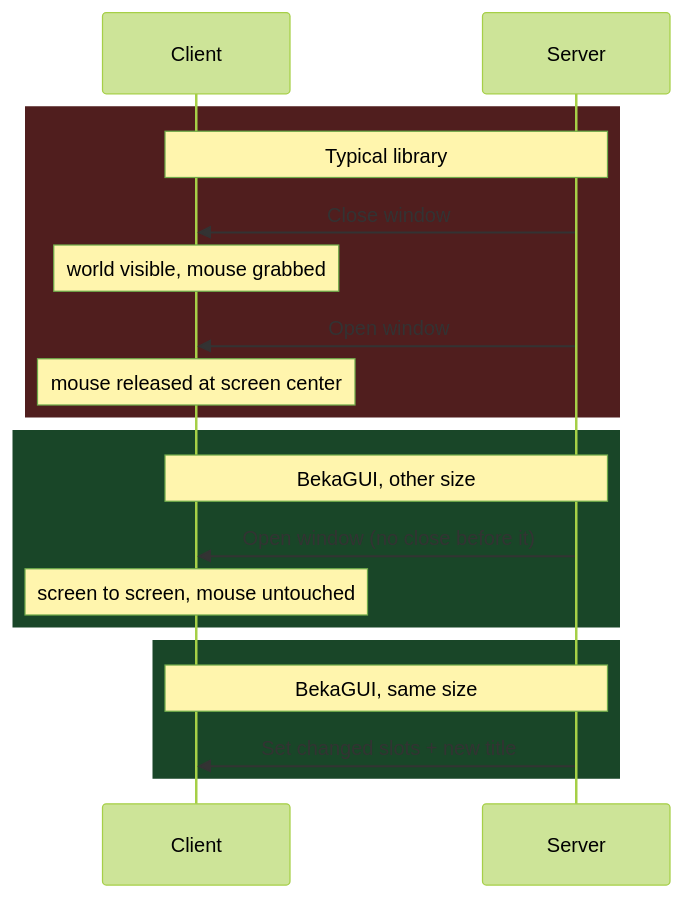
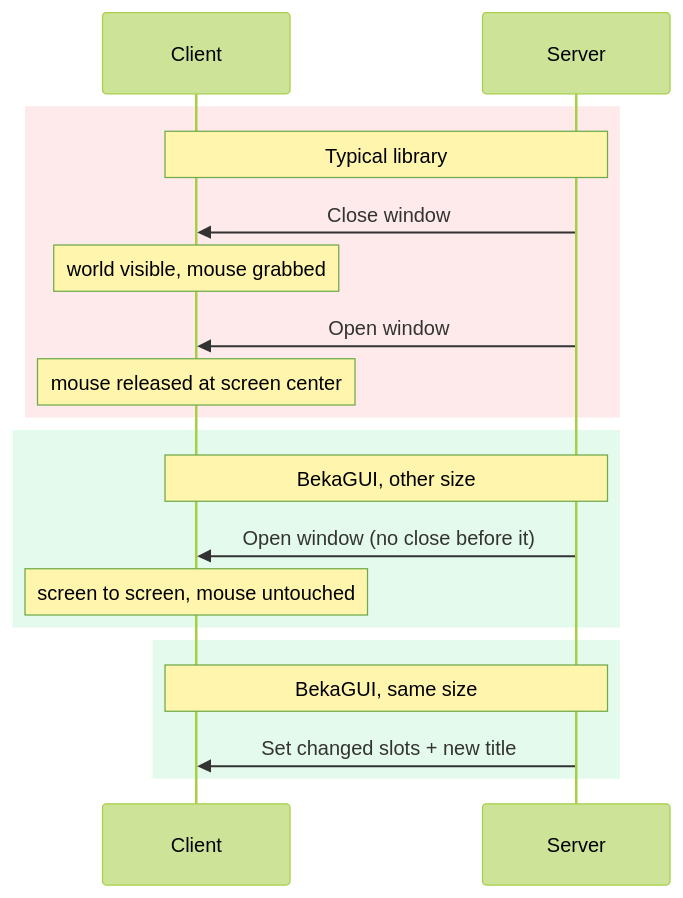
Before and after one commit to bebeyat/BekaGUI: the diagram in README.md, drawn with Mermaid (forest theme). The commit also changed other lines of this file and 5 other files, not shown here.

Commit message:
docs: bigger animations, images under code, readable diagram, table headers

````diff
--- a/README.md
+++ b/README.md
@@ -322,21 +316,21 @@
 ```mermaid
 sequenceDiagram
     participant C as Client
     participant S as Server
-    rect rgb(80, 30, 30)
+    rect rgba(248, 113, 113, 0.15)
     Note over C,S: Typical library
     S->>C: Close window
     Note over C: world visible, mouse grabbed
     S->>C: Open window
     Note over C: mouse released at screen center
     end
-    rect rgb(25, 70, 40)
+    rect rgba(74, 222, 128, 0.15)
     Note over C,S: BekaGUI, other size
     S->>C: Open window (no close before it)
     Note over C: screen to screen, mouse untouched
     end
-    rect rgb(25, 70, 40)
+    rect rgba(74, 222, 128, 0.15)
     Note over C,S: BekaGUI, same size
     S->>C: Set changed slots + new title
     end
 ```
````
